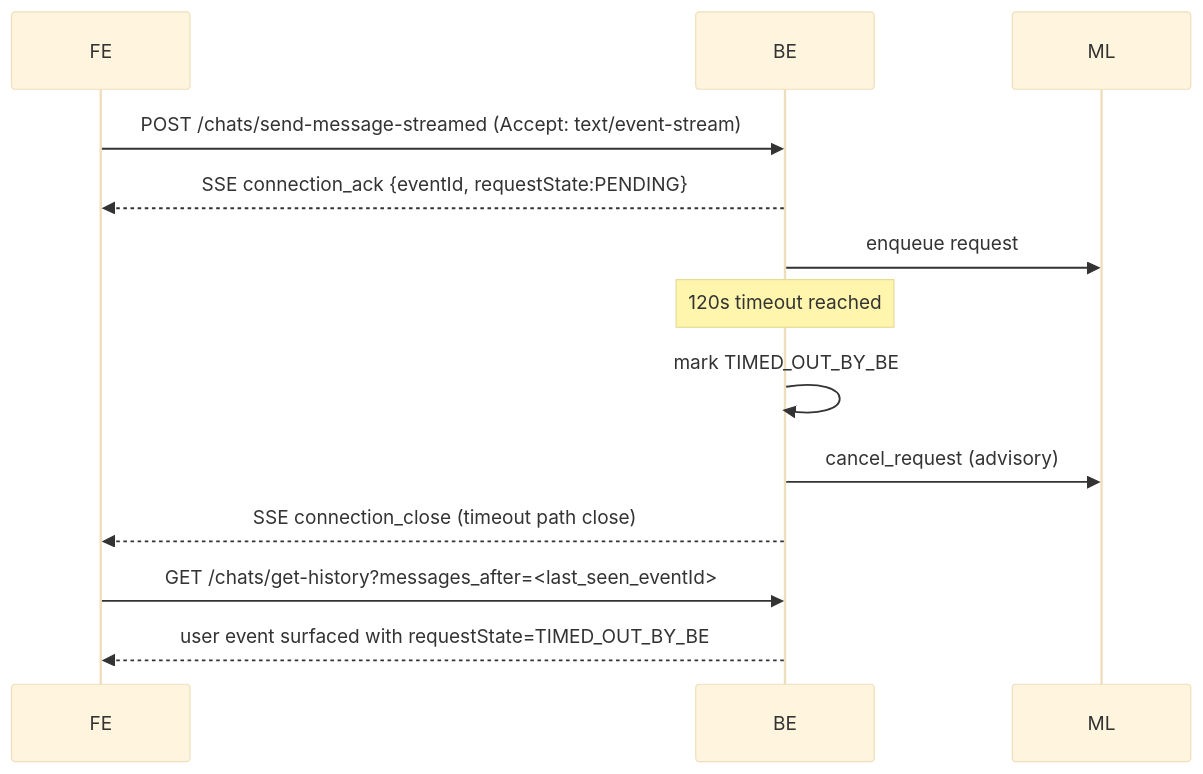
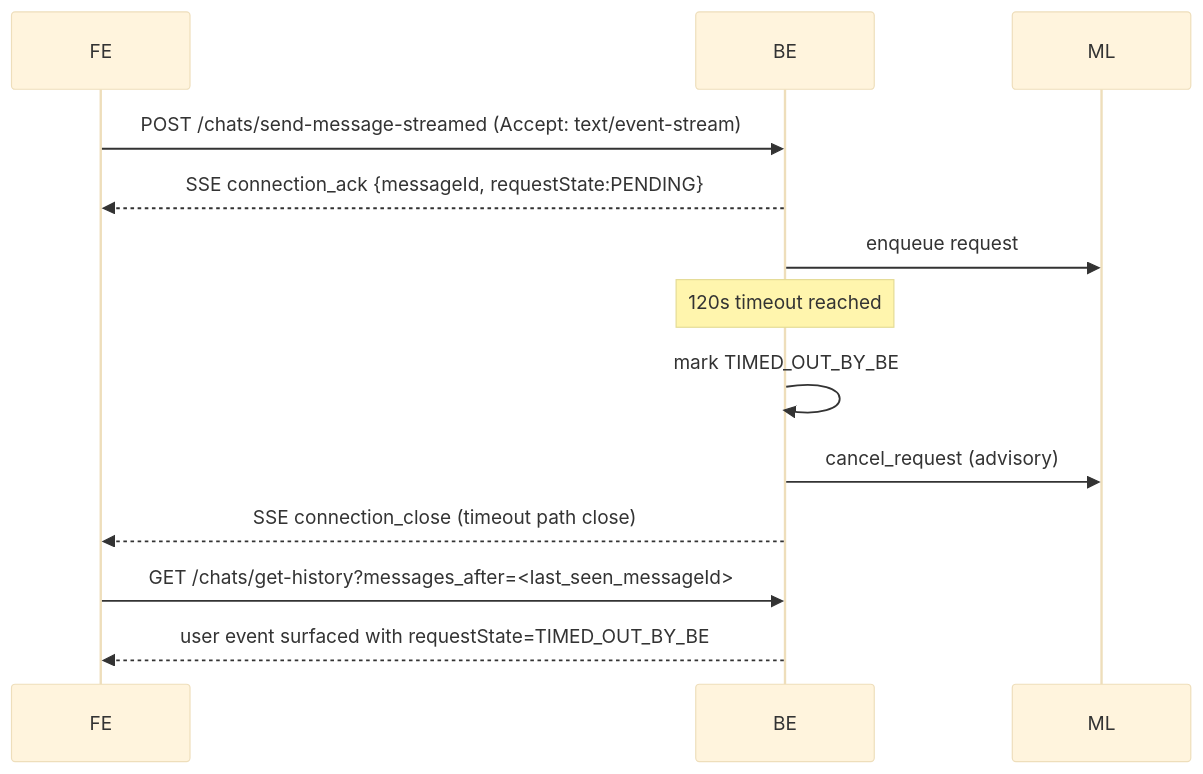
One commit to sachin-hg/chat-demo changed the second of 5 diagrams in chat_v1.md. Above: the diagram before and after it, drawn with Mermaid (base theme). The commit also changed other lines of this file and 12 other files, not shown here.

````diff
--- a/chat_v1.md
+++ b/chat_v1.md
@@ -501,18 +498,18 @@
 ```mermaid
 sequenceDiagram
     participant FE
     participant BE
     participant ML
 
     FE->>BE: POST /chats/send-message-streamed (Accept: text/event-stream)
-    BE-->>FE: SSE connection_ack {eventId, requestState:PENDING}
+    BE-->>FE: SSE connection_ack {messageId, requestState:PENDING}
     BE->>ML: enqueue request
 
     Note over BE: 120s timeout reached
     BE->>BE: mark TIMED_OUT_BY_BE
     BE->>ML: cancel_request (advisory)
     BE-->>FE: SSE connection_close (timeout path close)
-    FE->>BE: GET /chats/get-history?messages_after=<last_seen_eventId>
+    FE->>BE: GET /chats/get-history?messages_after=<last_seen_messageId>
     BE-->>FE: user event surfaced with requestState=TIMED_OUT_BY_BE
 
 ```
````
